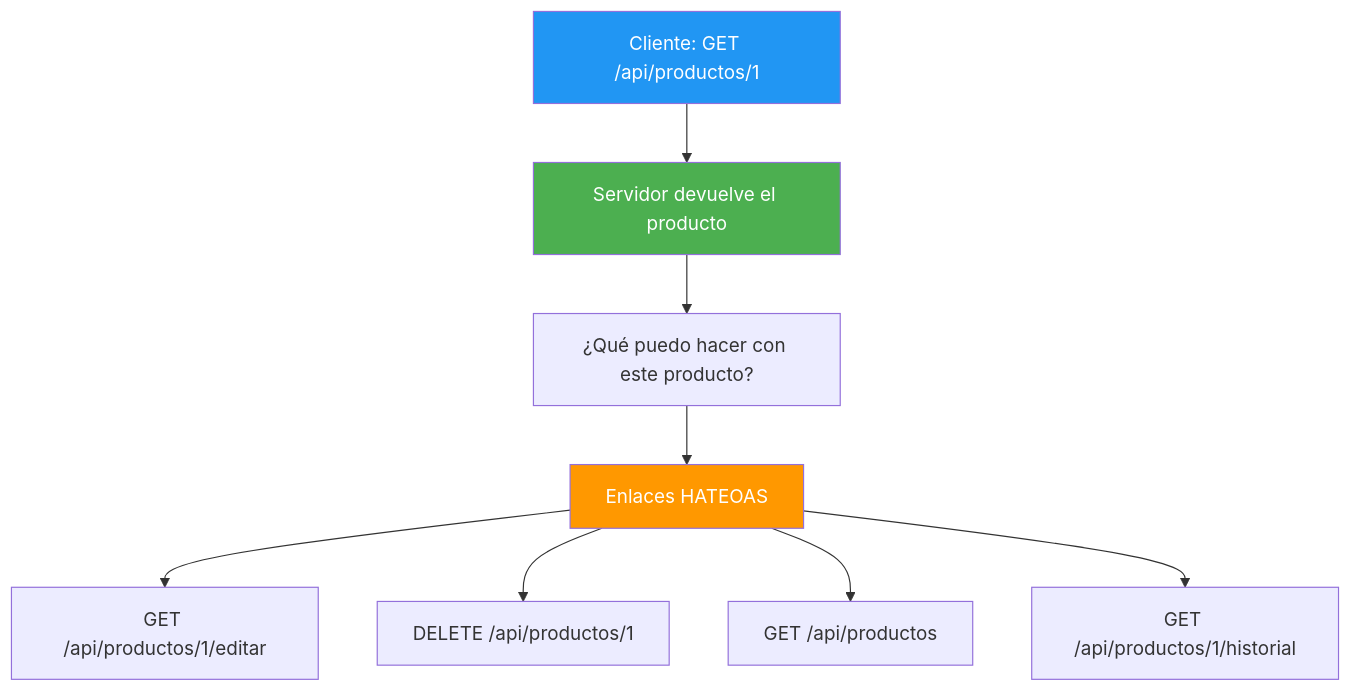
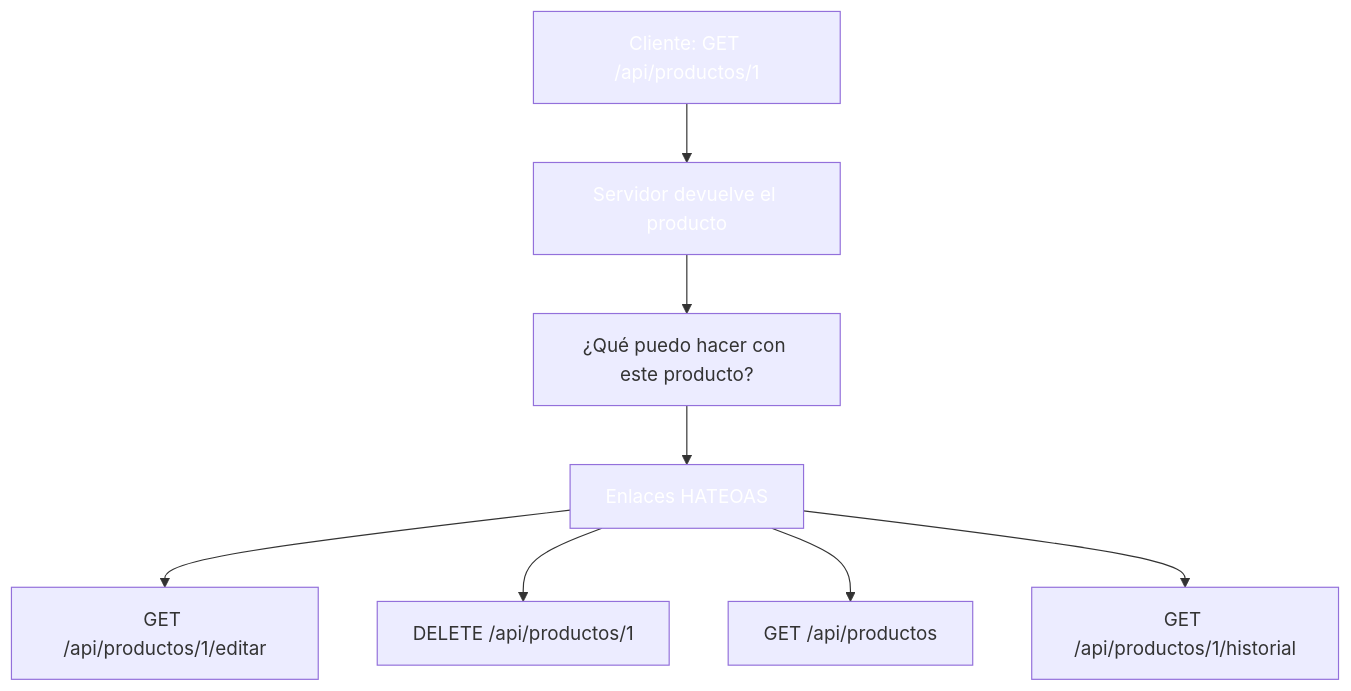
Before and after one commit to joseluisgs/DesarrolloWebEntornosServidor-02-2026-2027: the tenth of 11 diagrams in 08-dtos-mapeadores-validaciones.md, drawn with Mermaid. The commit also changed other lines of this file and 41 other files, not shown here.

````diff
--- a/08-dtos-mapeadores-validaciones.md
+++ b/08-dtos-mapeadores-validaciones.md
@@ -1060,14 +1060,14 @@
 ```mermaid
 flowchart TD
     A["Cliente: GET /api/productos/1"] --> B["Servidor devuelve el producto"]
     B --> C["¿Qué puedo hacer con este producto?"]
     C --> D["Enlaces HATEOAS"]
     D --> E["GET /api/productos/1/editar"]
     D --> F["DELETE /api/productos/1"]
     D --> G["GET /api/productos"]
     D --> H["GET /api/productos/1/historial"]
 
-    style A fill:#2196F3,color:#fff
-    style B fill:#4CAF50,color:#fff
-    style D fill:#FF9800,color:#fff
+    style A fill:#2196F,color:#fff3,color:#fff
+    style B fill:#4CAF5,color:#fff0,color:#fff
+    style D fill:#FF980,color:#fff0,color:#fff
 ```
````
